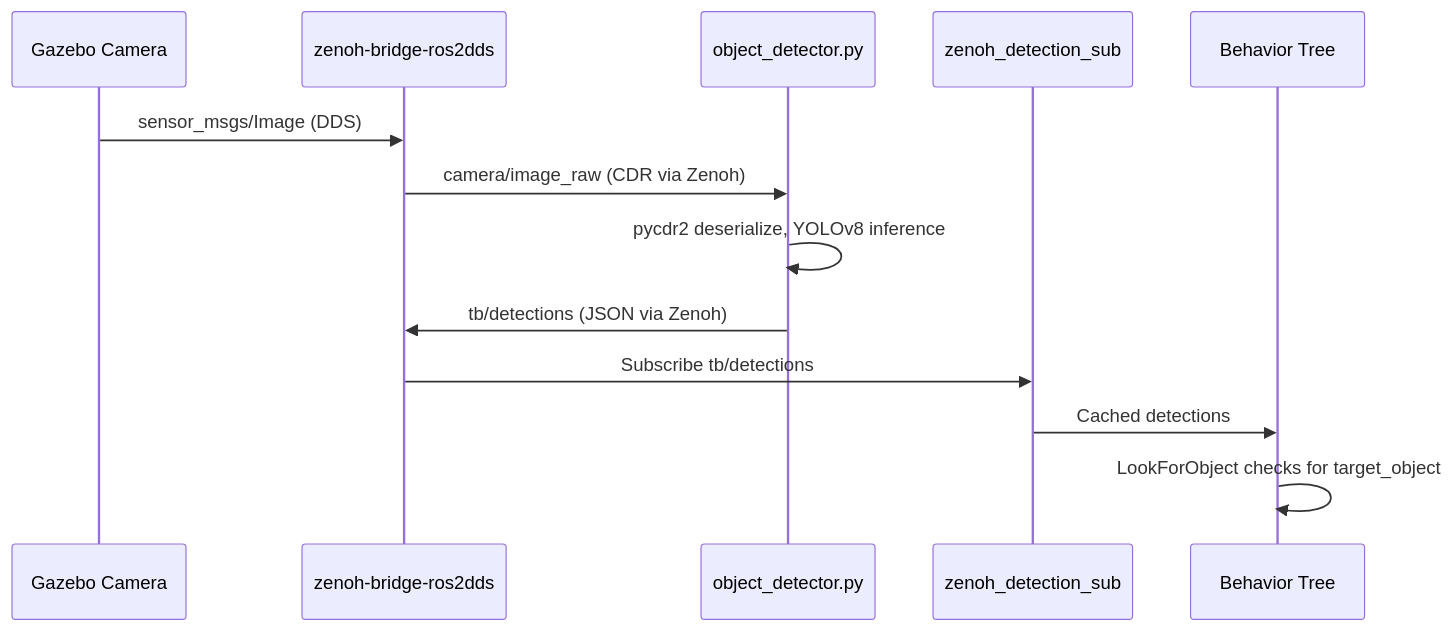
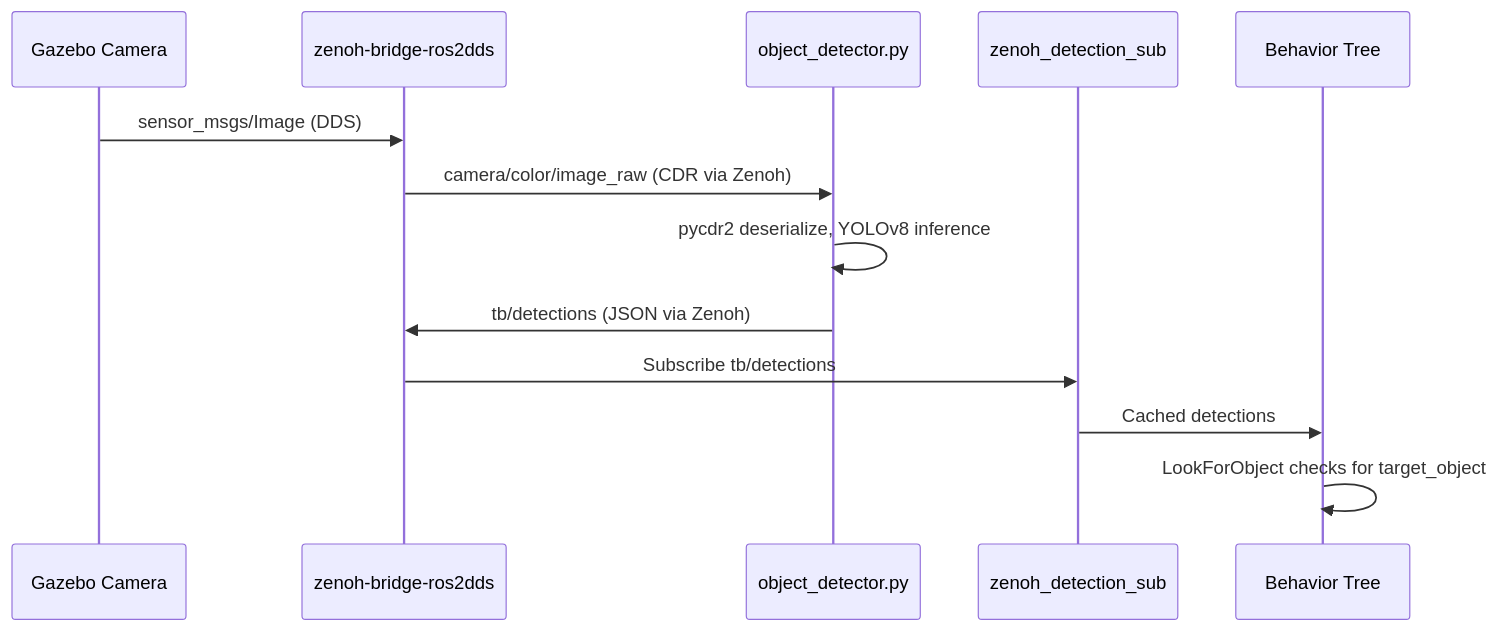
Before and after one commit to pantelis/turtlebot-maze: the fourth of 5 diagrams in README.md, drawn with Mermaid. The commit also changed other lines of this file and 2 other files, not shown here.

First line of the commit message:
feat(detector): update image key to D435i canonical topic; fix README

````diff
--- a/README.md
+++ b/README.md
@@ -688,16 +688,16 @@
 ```mermaid
 sequenceDiagram
     participant G as Gazebo Camera
     participant B as zenoh-bridge-ros2dds
     participant D as object_detector.py
     participant S as zenoh_detection_sub
     participant BT as Behavior Tree
 
     G->>B: sensor_msgs/Image (DDS)
-    B->>D: camera/image_raw (CDR via Zenoh)
+    B->>D: camera/color/image_raw (CDR via Zenoh)
     D->>D: pycdr2 deserialize, YOLOv8 inference
     D->>B: tb/detections (JSON via Zenoh)
     B->>S: Subscribe tb/detections
     S->>BT: Cached detections
     BT->>BT: LookForObject checks for target_object
 ```
````
